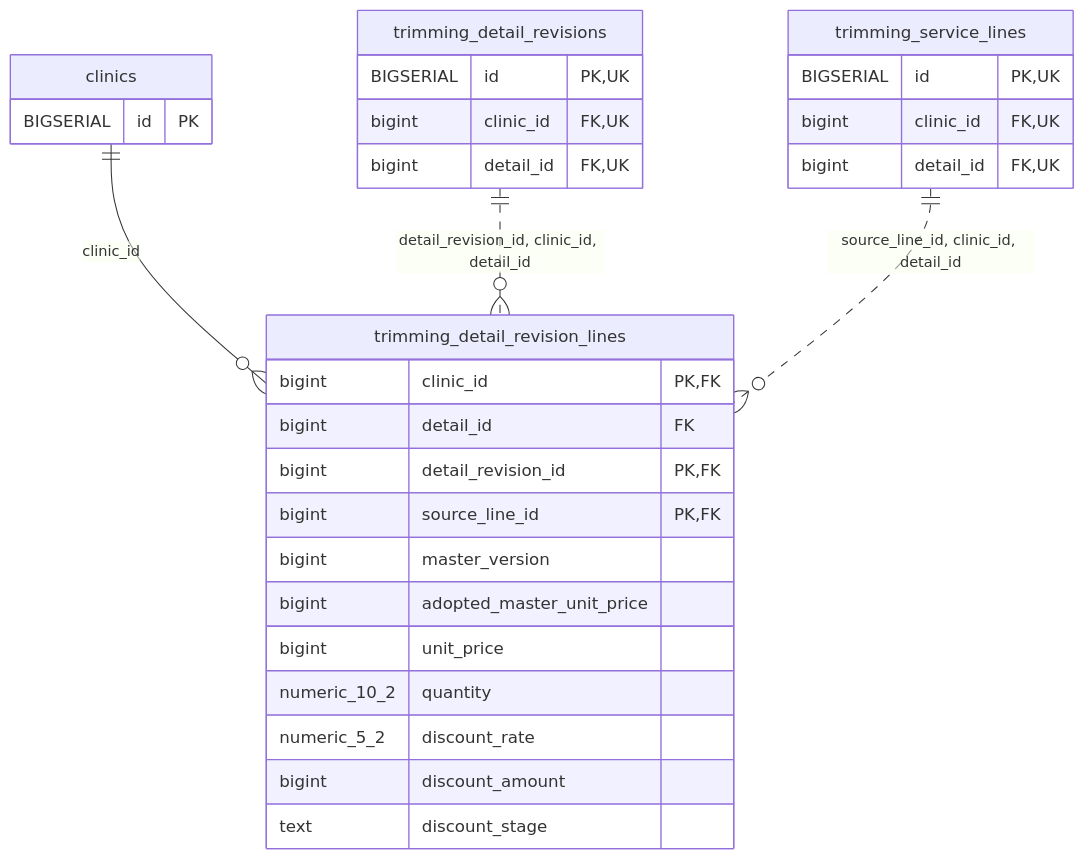
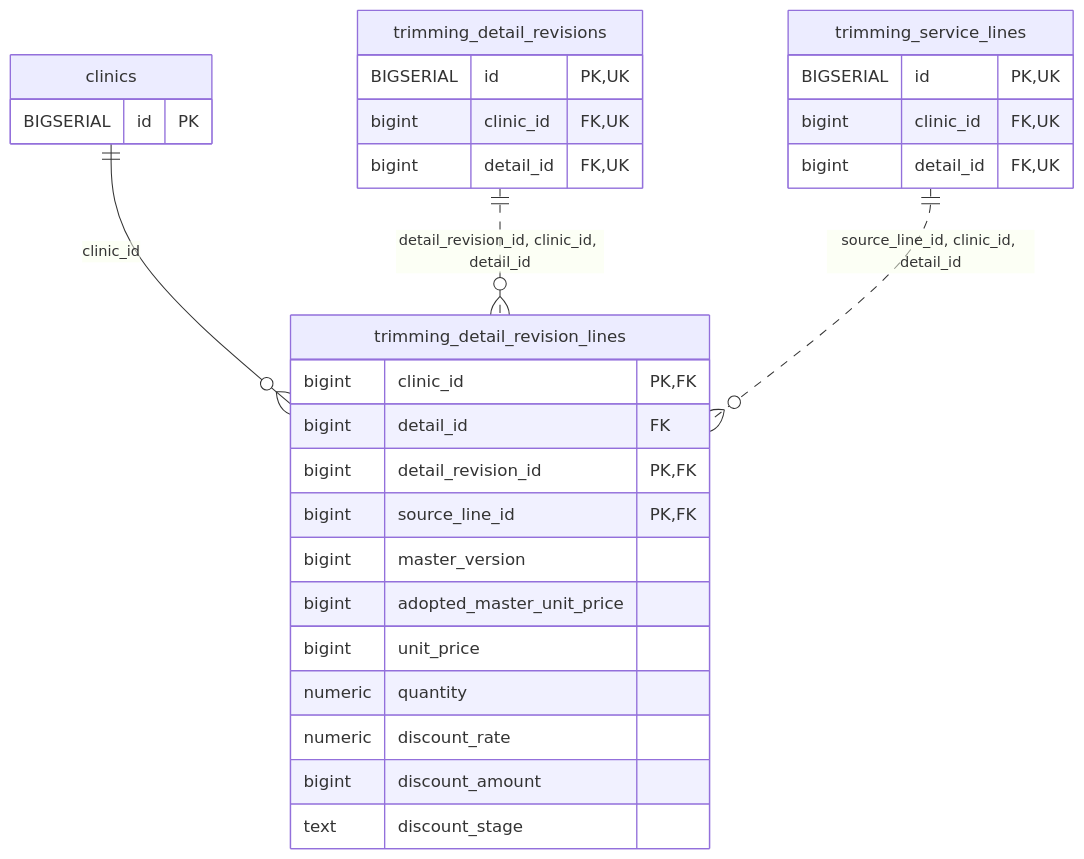
One commit to MinoruSoga/AnimalEkarte changed the diagram in docs/architecture/erd-detail/trimming_detail_revision_lines.md. Above: the diagram before and after it, drawn with Mermaid. The commit also changed other lines of this file and 131 other files, not shown here.

````diff
--- a/docs/architecture/erd-detail/trimming_detail_revision_lines.md
+++ b/docs/architecture/erd-detail/trimming_detail_revision_lines.md
@@ -34,32 +34,32 @@
 ```mermaid
 erDiagram
     trimming_detail_revision_lines {
         bigint clinic_id PK,FK
         bigint detail_id FK
         bigint detail_revision_id PK,FK
         bigint source_line_id PK,FK
         bigint master_version
         bigint adopted_master_unit_price
         bigint unit_price
-        numeric_10_2 quantity
-        numeric_5_2 discount_rate
+        numeric quantity
+        numeric discount_rate
         bigint discount_amount
         text discount_stage
     }
     clinics {
         BIGSERIAL id PK
     }
     trimming_detail_revisions {
         BIGSERIAL id PK,UK
         bigint clinic_id FK,UK
         bigint detail_id FK,UK
     }
     trimming_service_lines {
         BIGSERIAL id PK,UK
         bigint clinic_id FK,UK
         bigint detail_id FK,UK
     }
     clinics ||--o{ trimming_detail_revision_lines : "clinic_id"
     trimming_detail_revisions ||..o{ trimming_detail_revision_lines : "detail_revision_id, clinic_id, detail_id"
     trimming_service_lines ||..o{ trimming_detail_revision_lines : "source_line_id, clinic_id, detail_id"
 ```
````
